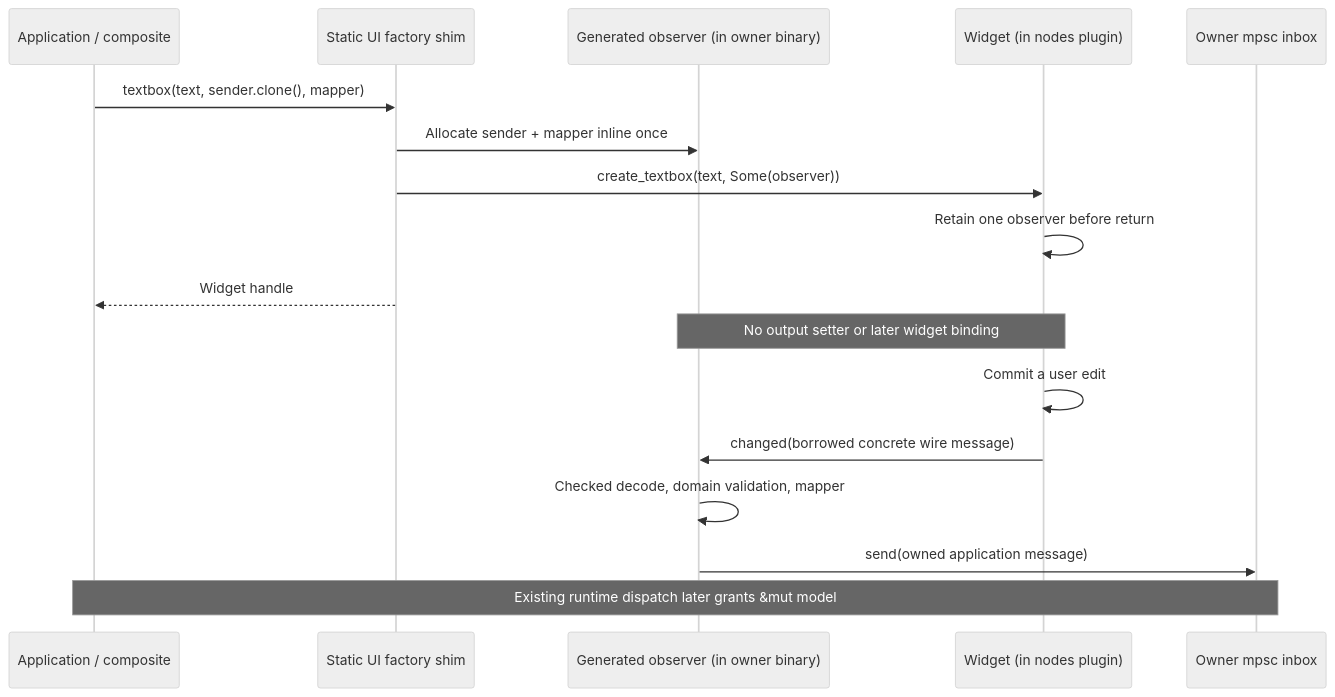
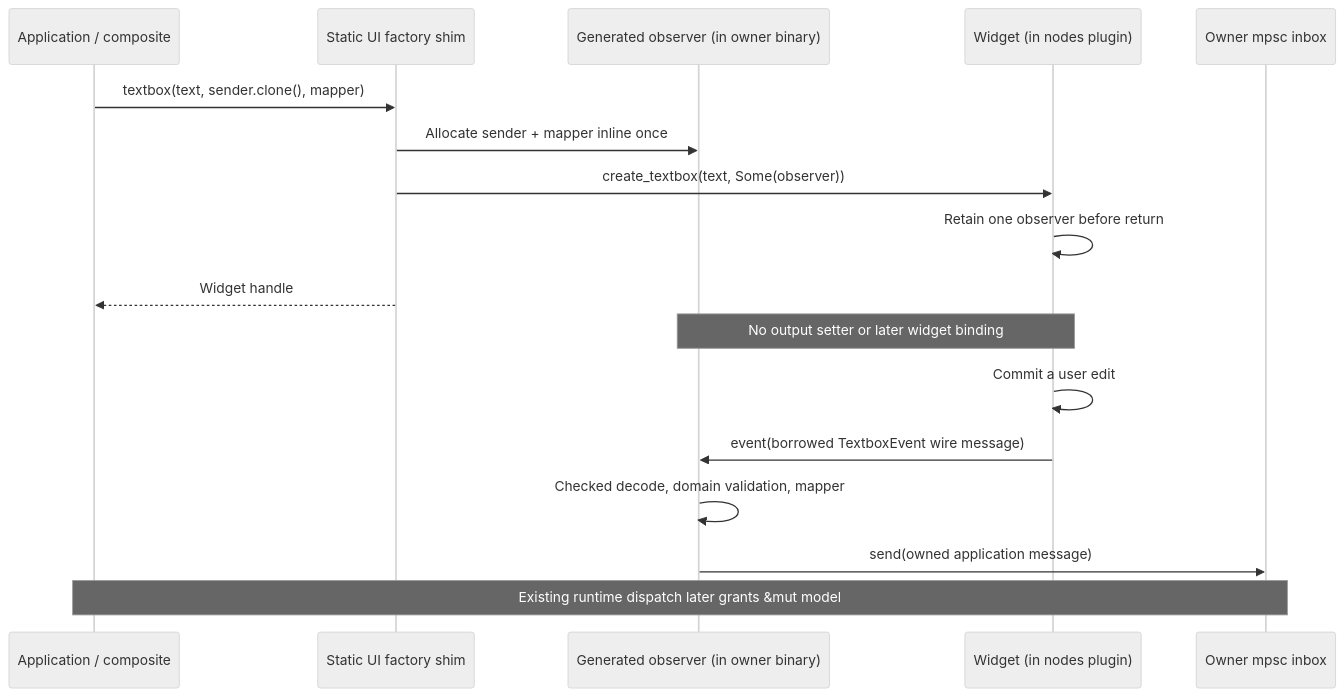
The first of 3 diagrams in docs/CONSTRUCTION_OBSERVERS.md (NeoCogi/neocogi-ui), drawn with Mermaid (neutral theme) before and after one commit. The commit also changed other lines of this file and 8 other files, not shown here.

````diff
--- a/docs/CONSTRUCTION_OBSERVERS.md
+++ b/docs/CONSTRUCTION_OBSERVERS.md
@@ -45,19 +54,19 @@
 ```mermaid
 sequenceDiagram
     participant A as Application / composite
     participant F as Static UI factory shim
     participant O as Generated observer (in owner binary)
     participant W as Widget (in nodes plugin)
     participant Q as Owner mpsc inbox
     A->>F: textbox(text, sender.clone(), mapper)
     F->>O: Allocate sender + mapper inline once
     F->>W: create_textbox(text, Some(observer))
     W->>W: Retain one observer before return
     F-->>A: Widget handle
     Note over O,W: No output setter or later widget binding
     W->>W: Commit a user edit
-    W->>O: changed(borrowed concrete wire message)
+    W->>O: event(borrowed TextboxEvent wire message)
     O->>O: Checked decode, domain validation, mapper
     O->>Q: send(owned application message)
     Note over A,Q: Existing runtime dispatch later grants &mut model
 ```
````
